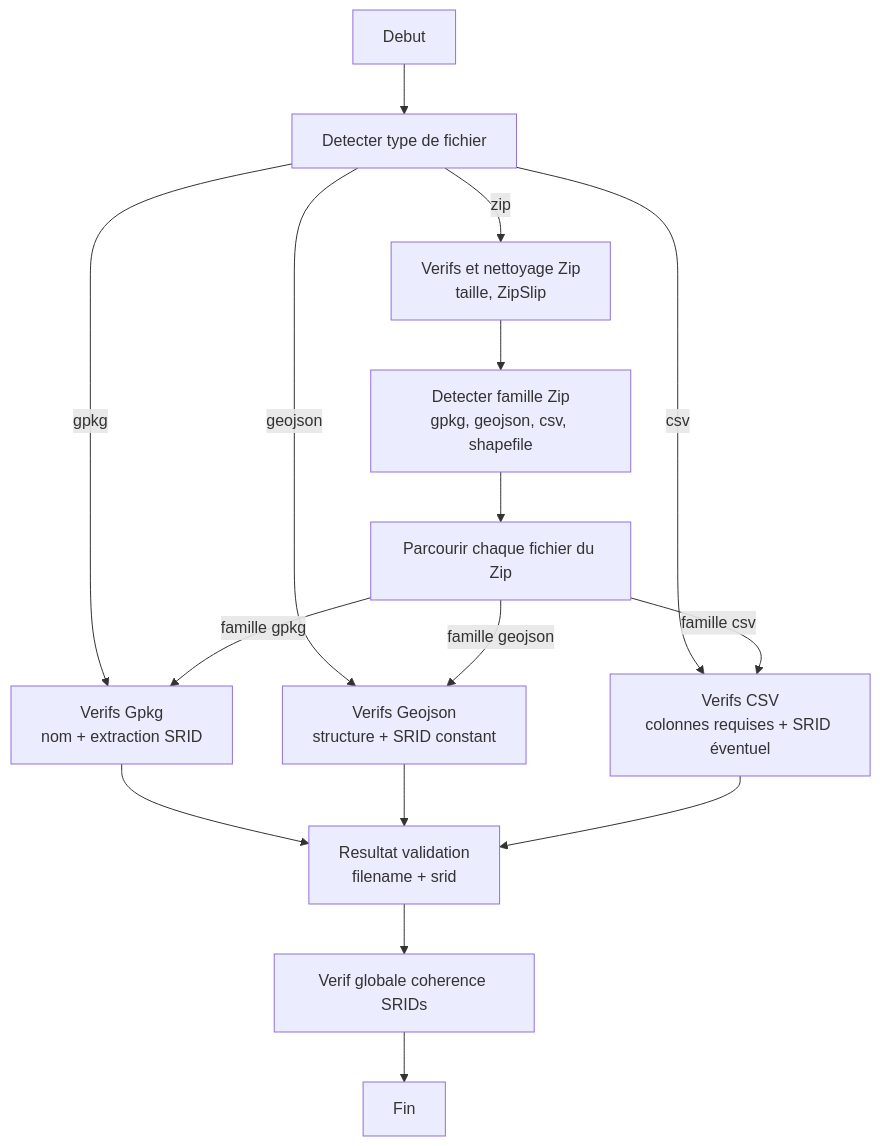
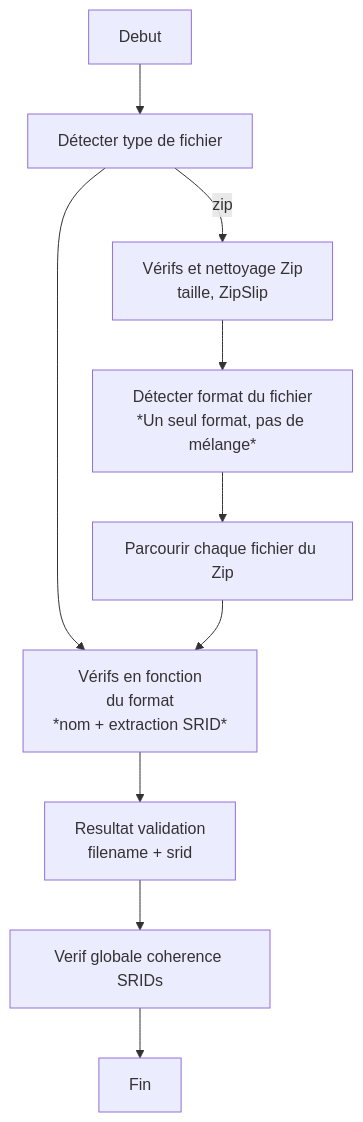
The second of 2 diagrams in docs/developer/file-uploader/README.md (IGNF/cartes.gouv.fr), drawn with Mermaid before and after one commit. The commit also changed other lines of this file, not shown here.

````diff
--- a/docs/developer/file-uploader/README.md
+++ b/docs/developer/file-uploader/README.md
@@ -43,32 +57,24 @@
 ```mermaid
 flowchart TD
-    Begin["Debut"] --> DetectType["Detecter type de fichier"]
+    Begin["Debut"] --> DetectType["Détecter type de fichier"]
 
-    GpkgChecks["Verifs Gpkg<br>nom + extraction SRID"]
-    GeojsonChecks["Verifs Geojson<br>structure + SRID constant"]
-    CsvChecks["Verifs CSV<br>colonnes requises + SRID éventuel"]
-    ZipChecks["Verifs et nettoyage Zip<br>taille, ZipSlip"]
-    DetectFamily["Detecter famille Zip<br>gpkg, geojson, csv, shapefile"]
+    FileChecks["Vérifs en fonction<br>du format<br>*nom + extraction SRID*"]
+    ZipChecks["Vérifs et nettoyage Zip<br>taille, ZipSlip"]
+    DetectFamily["Détecter format du fichier<br>*Un seul format, pas de mélange*"]
 
-    DetectType -->|gpkg| GpkgChecks
-    DetectType -->|geojson| GeojsonChecks
-    DetectType -->|csv| CsvChecks
+    DetectType -->FileChecks
     DetectType -->|zip| ZipChecks
 
     ZipChecks --> DetectFamily
     DetectFamily --> IterateZip["Parcourir chaque fichier du Zip"]
 
-    IterateZip -->|famille gpkg| GpkgChecks
-    IterateZip -->|famille geojson| GeojsonChecks
-    IterateZip -->|famille csv| CsvChecks
+    IterateZip -->FileChecks
 
     Result["Resultat validation<br>filename + srid"]
-    GpkgChecks --> Result
-    GeojsonChecks --> Result
-    CsvChecks --> Result
+    FileChecks --> Result
 
     GlobalSridCheck["Verif globale coherence SRIDs"]
     Result --> GlobalSridCheck
 
     GlobalSridCheck --> End["Fin"]
 ```
````
